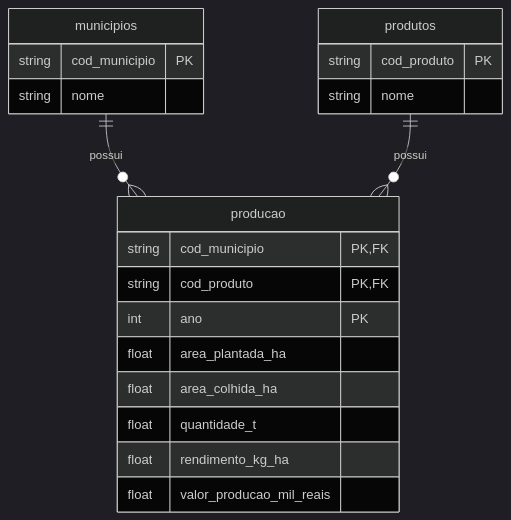
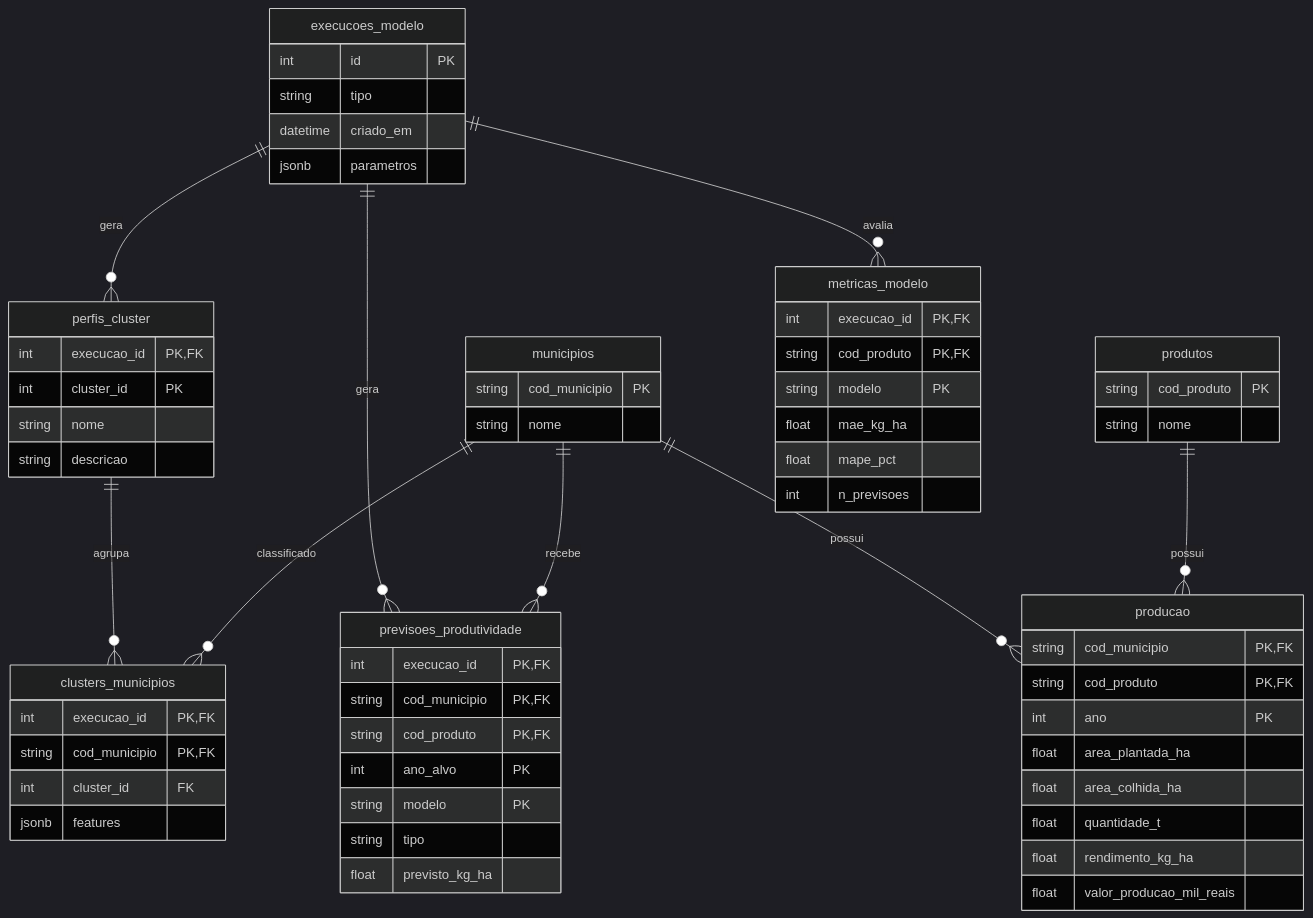
Before and after one commit to oneriodev/producao_agricola_mt: the second of 2 diagrams in README.md, drawn with Mermaid (dark theme). The commit also changed other lines of this file, not shown here.

````diff
--- a/README.md
+++ b/README.md
@@ -80,23 +132,64 @@
 ```mermaid
 erDiagram
     municipios ||--o{ producao : possui
     produtos   ||--o{ producao : possui
+    execucoes_modelo ||--o{ perfis_cluster : gera
+    perfis_cluster ||--o{ clusters_municipios : agrupa
+    municipios ||--o{ clusters_municipios : classificado
+    execucoes_modelo ||--o{ previsoes_produtividade : gera
+    municipios ||--o{ previsoes_produtividade : recebe
+    execucoes_modelo ||--o{ metricas_modelo : avalia
     municipios {
         string cod_municipio PK
         string nome
     }
     produtos {
         string cod_produto PK
         string nome
     }
     producao {
         string cod_municipio PK, FK
         string cod_produto PK, FK
         int ano PK
         float area_plantada_ha
         float area_colhida_ha
         float quantidade_t
         float rendimento_kg_ha
         float valor_producao_mil_reais
     }
+    execucoes_modelo {
+        int id PK
+        string tipo
+        datetime criado_em
+        jsonb parametros
+    }
+    perfis_cluster {
+        int execucao_id PK, FK
+        int cluster_id PK
+        string nome
+        string descricao
+    }
+    clusters_municipios {
+        int execucao_id PK, FK
+        string cod_municipio PK, FK
+        int cluster_id FK
+        jsonb features
+    }
+    previsoes_produtividade {
+        int execucao_id PK, FK
+        string cod_municipio PK, FK
+        string cod_produto PK, FK
+        int ano_alvo PK
+        string modelo PK
+        string tipo
+        float previsto_kg_ha
+    }
+    metricas_modelo {
+        int execucao_id PK, FK
+        string cod_produto PK, FK
+        string modelo PK
+        float mae_kg_ha
+        float mape_pct
+        int n_previsoes
+    }
 ```
````
